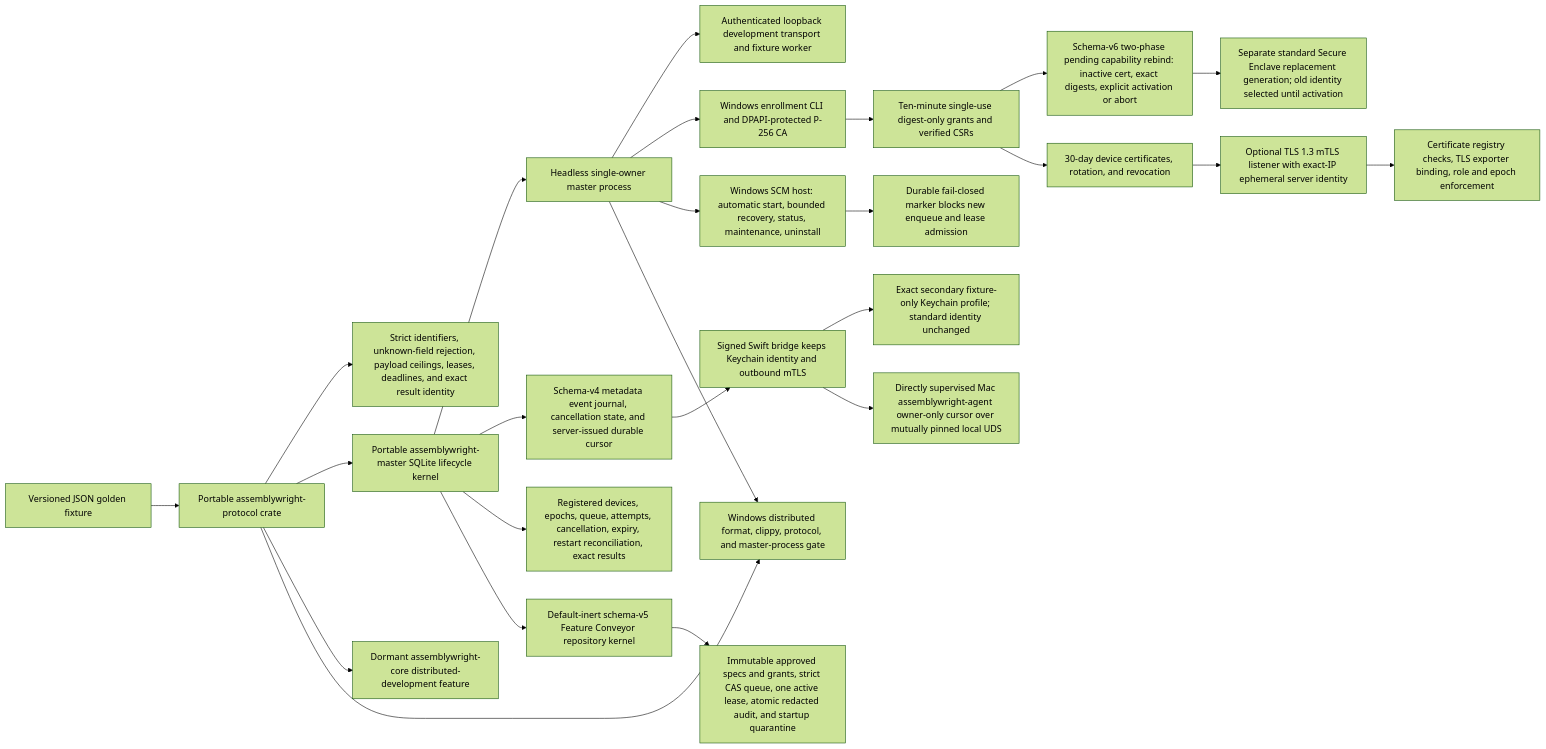
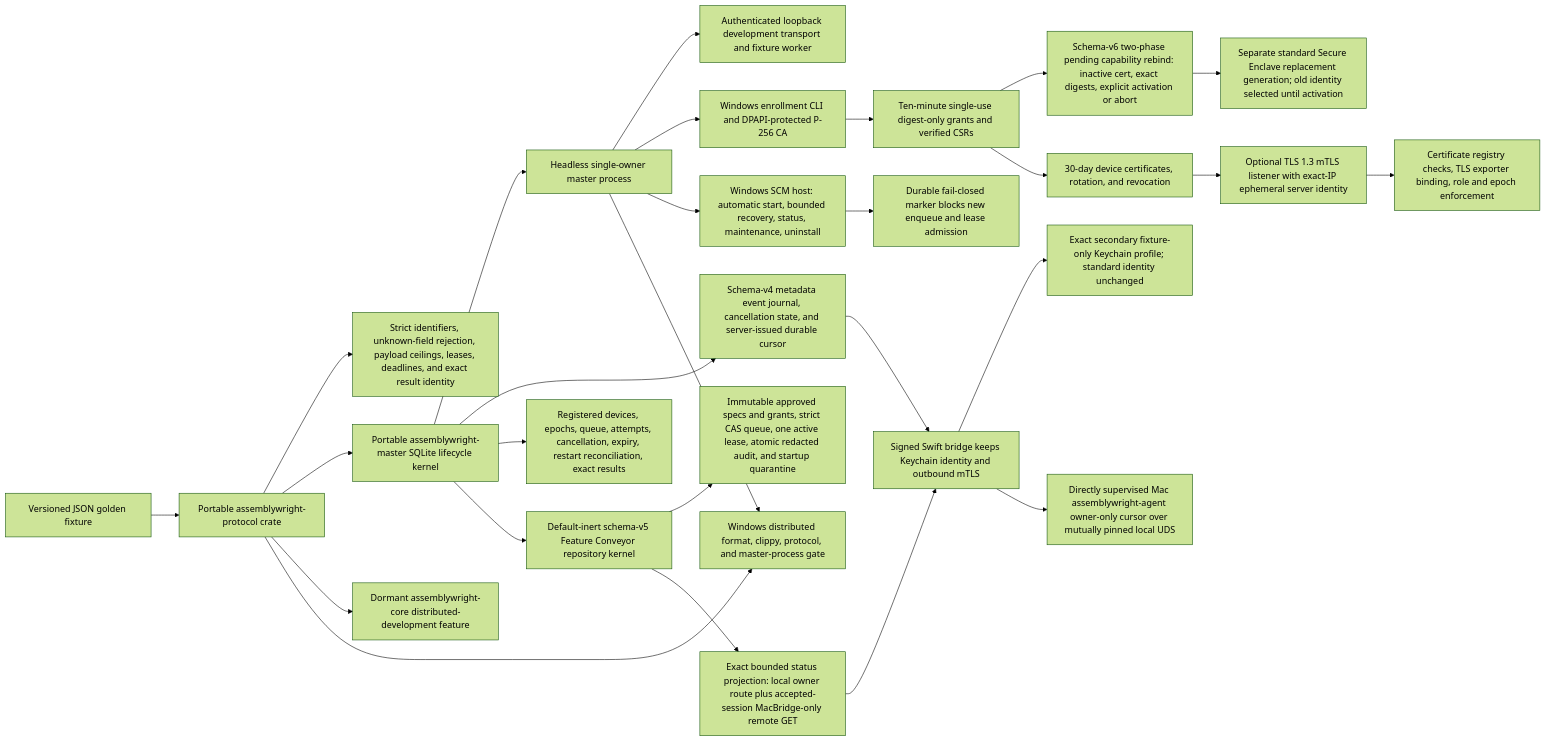
The first of 2 diagrams in docs/architecture-map.md (malak333/Assemblywright), drawn with Mermaid (forest theme) before and after one commit. The commit also changed other lines of this file and 17 other files, not shown here.

Commit message:
Add read-only Mac Feature Conveyor observer

````diff
--- a/docs/architecture-map.md
+++ b/docs/architecture-map.md
@@ -7,27 +7,29 @@
 ```mermaid
 flowchart LR
   Fixture["Versioned JSON golden fixture"] --> Protocol["Portable assemblywright-protocol crate"]
   Protocol --> Bounds["Strict identifiers, unknown-field rejection, payload ceilings, leases, deadlines, and exact result identity"]
   Protocol --> Master["Portable assemblywright-master SQLite lifecycle kernel"]
   Master --> Process["Headless single-owner master process"]
   Process --> Local["Authenticated loopback development transport and fixture worker"]
   Process --> Identity["Windows enrollment CLI and DPAPI-protected P-256 CA"]
   Identity --> Grants["Ten-minute single-use digest-only grants and verified CSRs"]
   Grants --> Rebind["Schema-v6 two-phase pending capability rebind: inactive cert, exact digests, explicit activation or abort"]
   Rebind --> Replacement["Separate standard Secure Enclave replacement generation; old identity selected until activation"]
   Grants --> Certificates["30-day device certificates, rotation, and revocation"]
   Certificates --> Remote["Optional TLS 1.3 mTLS listener with exact-IP ephemeral server identity"]
   Remote --> Binding["Certificate registry checks, TLS exporter binding, role and epoch enforcement"]
   Master --> Events["Schema-v4 metadata event journal, cancellation state, and server-issued durable cursor"]
   Events --> Helper["Signed Swift bridge keeps Keychain identity and outbound mTLS"]
   Helper --> FixtureIdentity["Exact secondary fixture-only Keychain profile; standard identity unchanged"]
   Helper --> Agent["Directly supervised Mac assemblywright-agent owner-only cursor over mutually pinned local UDS"]
   Process --> Service["Windows SCM host: automatic start, bounded recovery, status, maintenance, uninstall"]
   Service --> Maintenance["Durable fail-closed marker blocks new enqueue and lease admission"]
   Master --> Durable["Registered devices, epochs, queue, attempts, cancellation, expiry, restart reconciliation, exact results"]
   Master --> Conveyor["Default-inert schema-v5 Feature Conveyor repository kernel"]
   Conveyor --> ConveyorSafety["Immutable approved specs and grants, strict CAS queue, one active lease, atomic redacted audit, and startup quarantine"]
+  Conveyor --> Observer["Exact bounded status projection: local owner route plus accepted-session MacBridge-only remote GET"]
+  Observer --> Helper
   Protocol --> Feature["Dormant assemblywright-core distributed-development feature"]
   Protocol --> Windows["Windows distributed format, clippy, protocol, and master-process gate"]
   Process --> Windows
 ```
````
